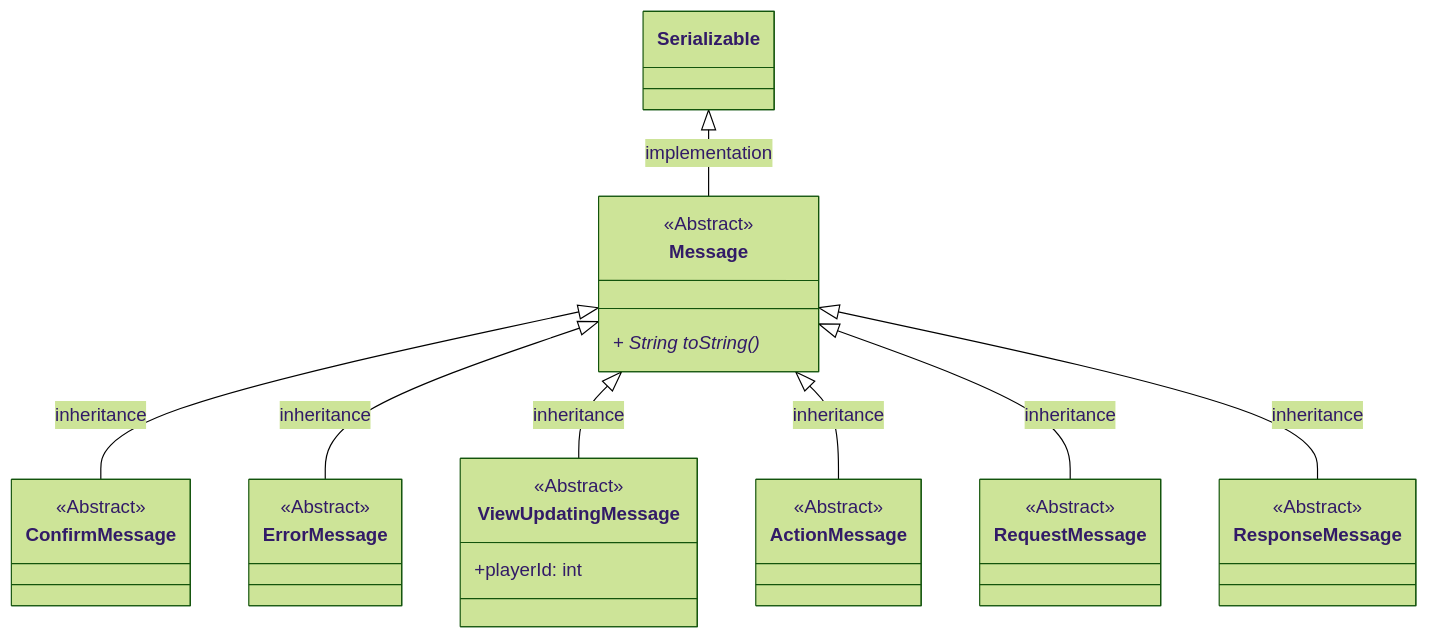
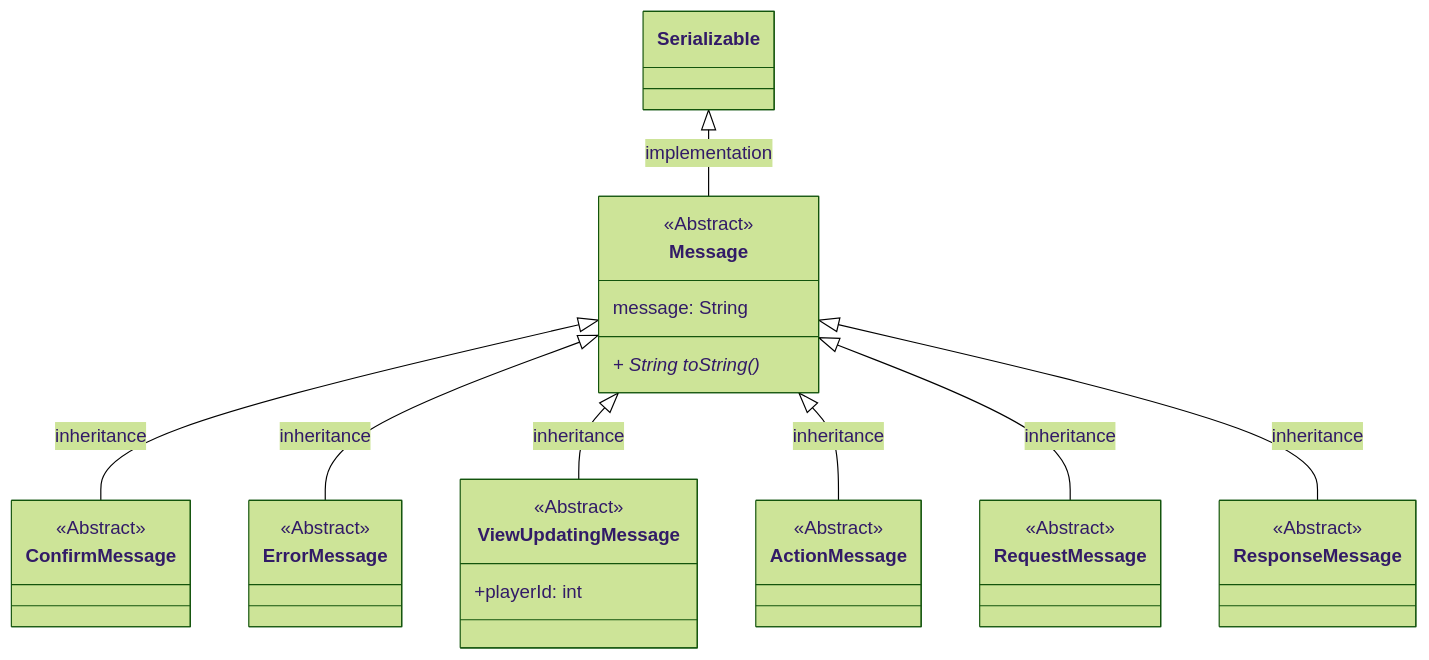
One commit to frephs/IS24-AM21 changed the first of 6 diagrams in documentation_wip/messages.md. Above: the diagram before and after it, drawn with Mermaid (forest theme). The commit also changed other lines of this file, not shown here.

Commit message:
feat: messages class structure class diagram

````diff
--- a/documentation_wip/messages.md
+++ b/documentation_wip/messages.md
@@ -1,58 +13,59 @@
 ```mermaid
 classDiagram
  Serializable <|-- Message : implementation
 
     %% SERVER MESSAFES    
 
 
     class Message {
-        <<Abstract>>    
+        <<Abstract>>
+        message: String    
         + String toString()*
     }
 
 
     class ConfirmMessage {
         <<Abstract>> 
     }
     Message <|-- ConfirmMessage : inheritance
     
 
     class ErrorMessage {
         <<Abstract>> 
     }
 
     Message <|-- ErrorMessage : inheritance
     
 
     class ViewUpdatingMessage{
         <<Abstract>>
         +playerId: int
     }
 
     Message <|-- ViewUpdatingMessage : inheritance
 
     
 
     class ActionMessage {
         <<Abstract>> 
     }
 
     class RequestMessage {
         <<Abstract>> 
     }
 
     class ResponseMessage {
         <<Abstract>> 
     }
     
 
     
 
     %% CLIENT MESSAGES
 
     Message <|-- ActionMessage : inheritance
     Message <|-- RequestMessage : inheritance
     Message <|-- ResponseMessage : inheritance
     
 
 ```
````
